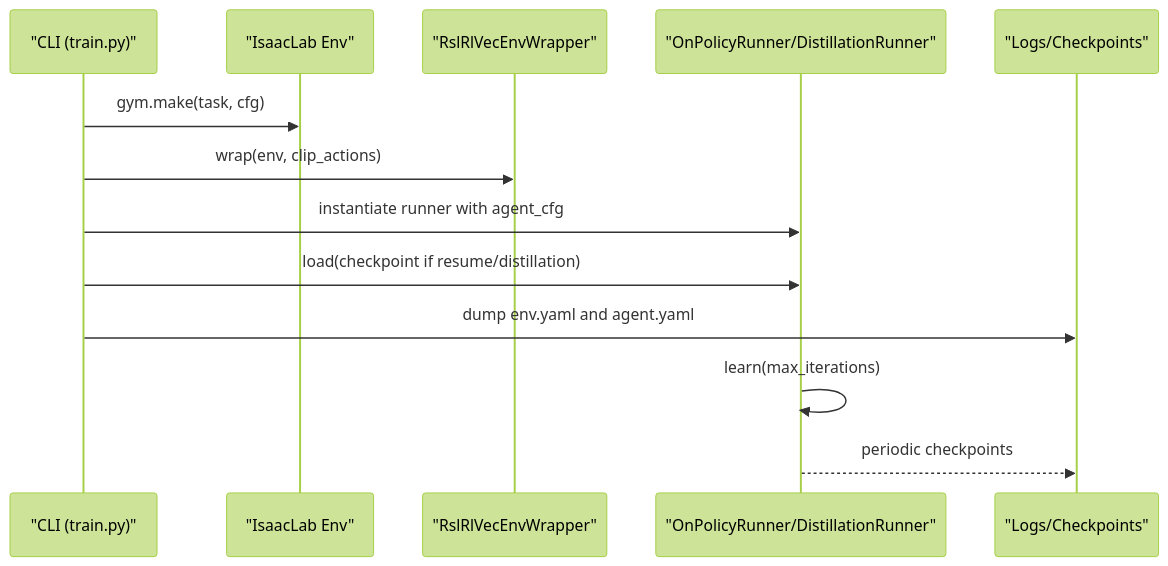
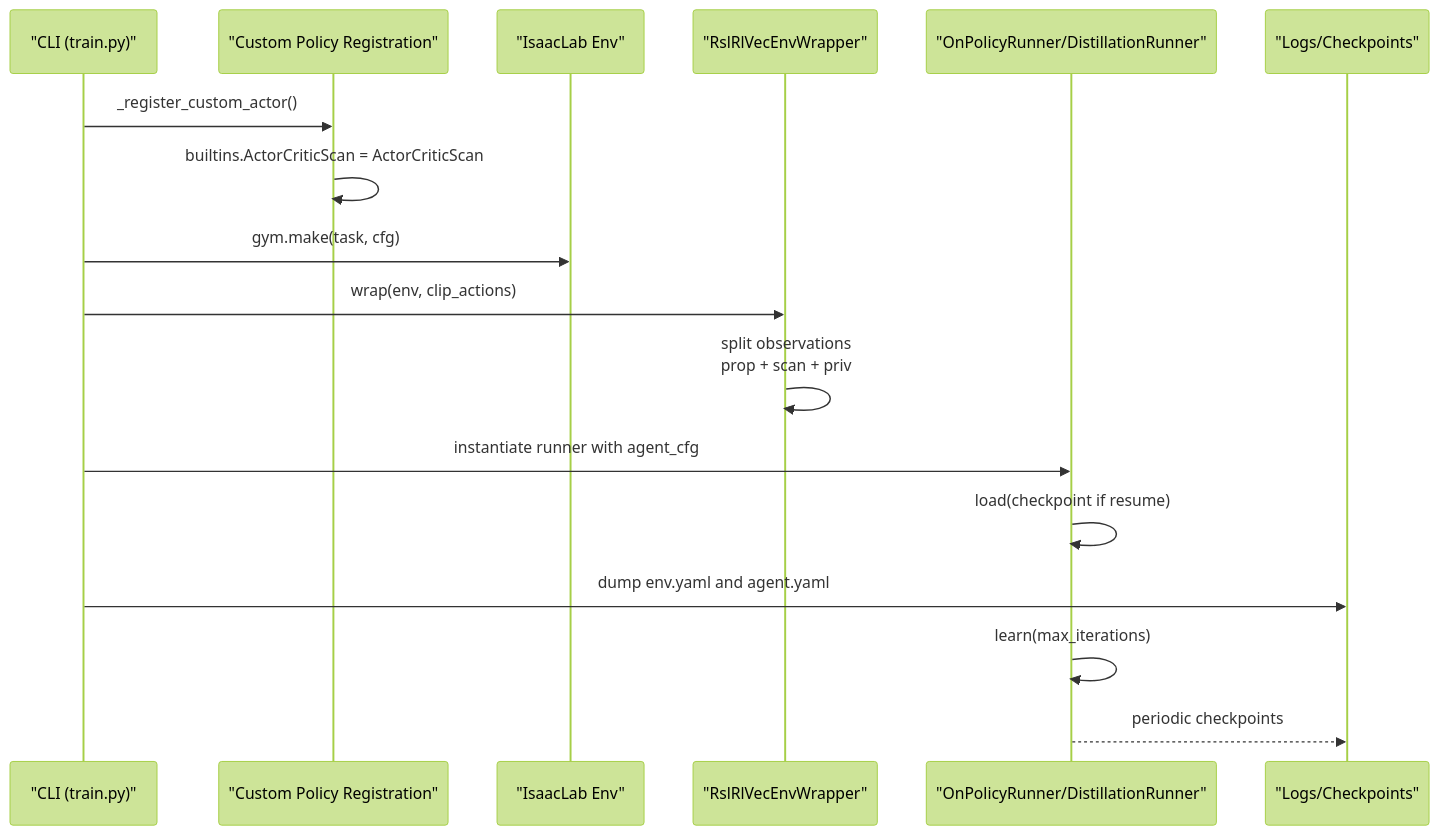
One commit to jayjayhust/robot_lab changed the second of 7 diagrams in .qoder/repowiki/en/content/Training Pipeline Architecture/RSL-RL Training System.md. Above: the diagram before and after it, drawn with Mermaid (forest theme). The commit also changed other lines of this file and 17 other files, not shown here.

````diff
--- a/.qoder/repowiki/en/content/Training Pipeline Architecture/RSL-RL Training System.md
+++ b/.qoder/repowiki/en/content/Training Pipeline Architecture/RSL-RL Training System.md
@@ -93,15 +104,19 @@
 ```mermaid
 sequenceDiagram
 participant CLI as "CLI (train.py)"
+participant Reg as "Custom Policy Registration"
 participant Env as "IsaacLab Env"
 participant Wrap as "RslRlVecEnvWrapper"
 participant Runner as "OnPolicyRunner/DistillationRunner"
 participant Log as "Logs/Checkpoints"
+CLI->>Reg : _register_custom_actor()
+Reg->>Reg : builtins.ActorCriticScan = ActorCriticScan
 CLI->>Env : gym.make(task, cfg)
 CLI->>Wrap : wrap(env, clip_actions)
+Wrap->>Wrap : split observations<br/>prop + scan + priv
 CLI->>Runner : instantiate runner with agent_cfg
-CLI->>Runner : load(checkpoint if resume/distillation)
+Runner->>Runner : load(checkpoint if resume)
 CLI->>Log : dump env.yaml and agent.yaml
 Runner->>Runner : learn(max_iterations)
 Runner-->>Log : periodic checkpoints
 ```
````
